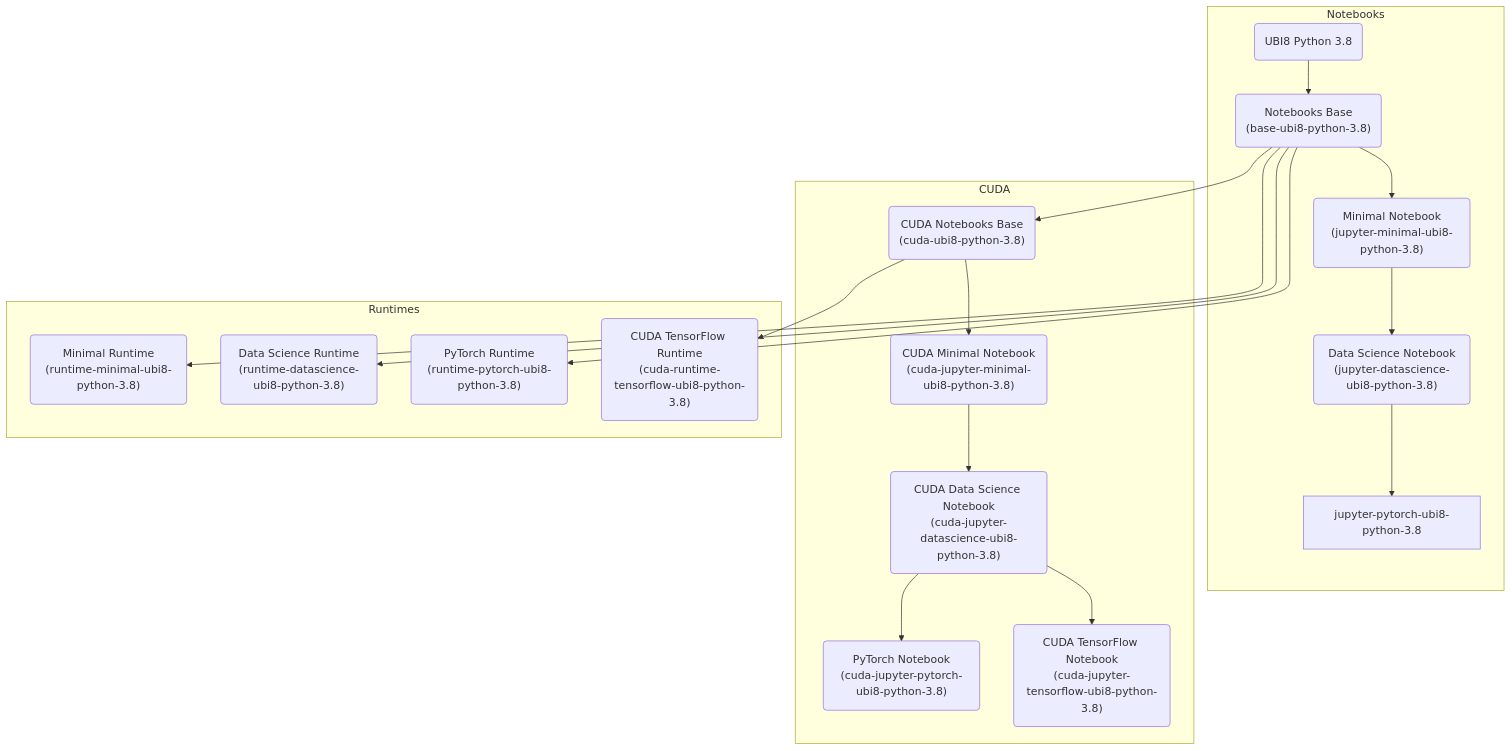
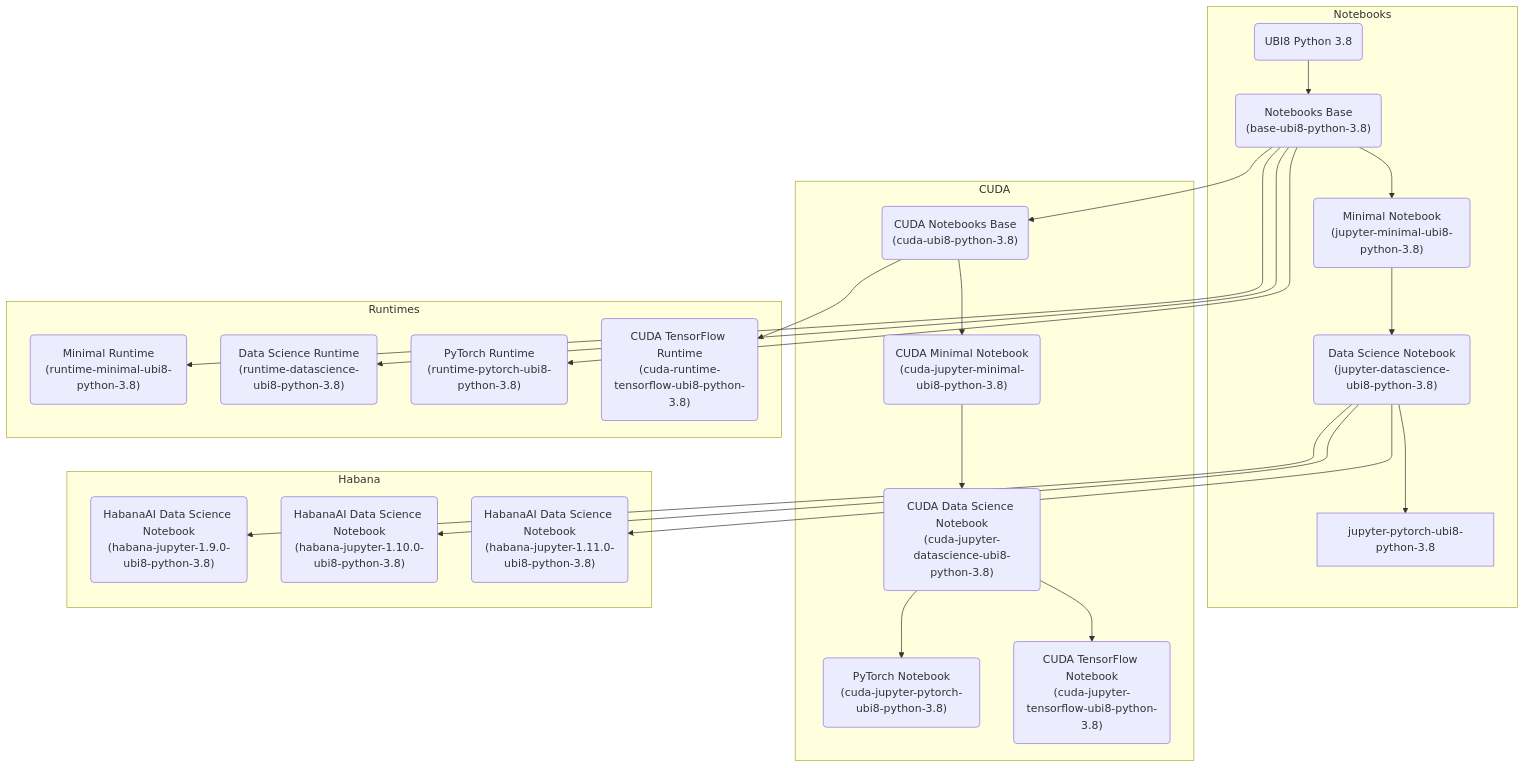
The first of 2 diagrams in README.md (opendatahub-io/notebooks), drawn with Mermaid before and after one commit. The commit also changed other lines of this file and 23 other files, not shown here.

````diff
--- a/README.md
+++ b/README.md
@@ -11,46 +14,58 @@
 ```mermaid
 graph TB
     subgraph Notebooks
         %% Nodes
         ubi8-python-3.8(UBI8 Python 3.8);
         base-ubi8-python-3.8("Notebooks Base<br/>(base-ubi8-python-3.8)");
         jupyter-minimal-ubi8-python-3.8("Minimal Notebook<br/>(jupyter-minimal-ubi8-python-3.8)");
         jupyter-datascience-ubi8-python-3.8("Data Science Notebook<br/>(jupyter-datascience-ubi8-python-3.8)");
 
         %% Edges
         ubi8-python-3.8 --> base-ubi8-python-3.8;
         base-ubi8-python-3.8 --> jupyter-minimal-ubi8-python-3.8;
         jupyter-minimal-ubi8-python-3.8 --> jupyter-datascience-ubi8-python-3.8;
         jupyter-datascience-ubi8-python-3.8 --> jupyter-pytorch-ubi8-python-3.8;
     end
 
     subgraph CUDA
         %% Nodes
         cuda-ubi8-python-3.8("CUDA Notebooks Base<br/>(cuda-ubi8-python-3.8)");
         cuda-jupyter-minimal-ubi8-python-3.8("CUDA Minimal Notebook<br/>(cuda-jupyter-minimal-ubi8-python-3.8)");
         cuda-jupyter-datascience-ubi8-python-3.8("CUDA Data Science Notebook<br/>(cuda-jupyter-datascience-ubi8-python-3.8)");
         cuda-jupyter-pytorch-ubi8-python-3.8("PyTorch Notebook<br/>(cuda-jupyter-pytorch-ubi8-python-3.8)");
         cuda-jupyter-tensorflow-ubi8-python-3.8("CUDA TensorFlow Notebook<br/>(cuda-jupyter-tensorflow-ubi8-python-3.8)");
 
         %% Edges
         base-ubi8-python-3.8 --> cuda-ubi8-python-3.8;
         cuda-ubi8-python-3.8 --> cuda-jupyter-minimal-ubi8-python-3.8;
         cuda-jupyter-minimal-ubi8-python-3.8 --> cuda-jupyter-datascience-ubi8-python-3.8;
         cuda-jupyter-datascience-ubi8-python-3.8 --> cuda-jupyter-pytorch-ubi8-python-3.8;
         cuda-jupyter-datascience-ubi8-python-3.8 --> cuda-jupyter-tensorflow-ubi8-python-3.8;
     end
 
+    subgraph Habana
+        %% Nodes
+        habana-jupyter-1.9.0-ubi8-python-3.8("HabanaAI Data Science Notebook<br/>(habana-jupyter-1.9.0-ubi8-python-3.8)");
+        habana-jupyter-1.10.0-ubi8-python-3.8("HabanaAI Data Science Notebook<br/>(habana-jupyter-1.10.0-ubi8-python-3.8)");
+        habana-jupyter-1.11.0-ubi8-python-3.8("HabanaAI Data Science Notebook<br/>(habana-jupyter-1.11.0-ubi8-python-3.8)");
+
+        %% Edges
+        jupyter-datascience-ubi8-python-3.8 --> habana-jupyter-1.9.0-ubi8-python-3.8;
+        jupyter-datascience-ubi8-python-3.8 --> habana-jupyter-1.10.0-ubi8-python-3.8;
+        jupyter-datascience-ubi8-python-3.8 --> habana-jupyter-1.11.0-ubi8-python-3.8;
+    end
+
     subgraph Runtimes
         %% Nodes
         runtimes-minimal-ubi8-python-3.8("Minimal Runtime<br/>(runtime-minimal-ubi8-python-3.8)");
         runtimes-datascience-ubi8-python-3.8("Data Science Runtime<br/>(runtime-datascience-ubi8-python-3.8)");
         runtimes-pytorch-ubi8-python-3.8("PyTorch Runtime<br/>(runtime-pytorch-ubi8-python-3.8)");
         cuda-runtimes-tensorflow-ubi8-python-3.8("CUDA TensorFlow Runtime<br/>(cuda-runtime-tensorflow-ubi8-python-3.8)");
 
         %% Edges
         base-ubi8-python-3.8 --> runtimes-minimal-ubi8-python-3.8;
         base-ubi8-python-3.8 --> runtimes-datascience-ubi8-python-3.8;
         base-ubi8-python-3.8 --> runtimes-pytorch-ubi8-python-3.8;
         cuda-ubi8-python-3.8 --> cuda-runtimes-tensorflow-ubi8-python-3.8;
     end
 ```
````
